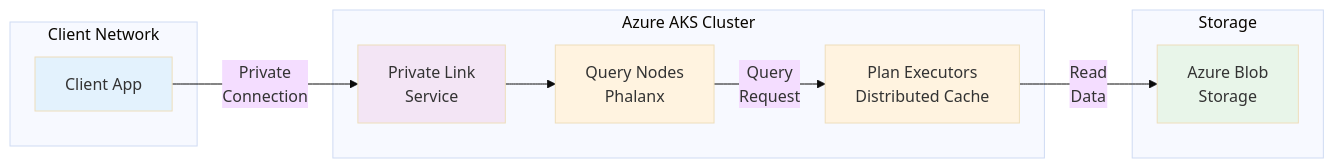
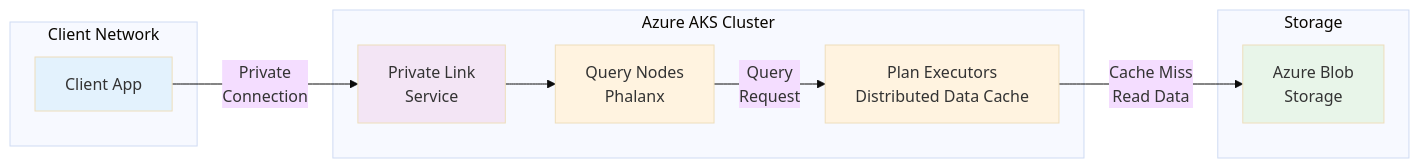
One commit to lancedb/blog-lancedb changed the second of 4 diagrams in content/docs/enterprise/deployment/azure.md. Above: the diagram before and after it, drawn with Mermaid (base theme). The commit also changed other lines of this file, not shown here.

````diff
--- a/content/docs/enterprise/deployment/azure.md
+++ b/content/docs/enterprise/deployment/azure.md
@@ -60,27 +60,27 @@
 ```mermaid
 graph LR
     subgraph "Client Network"
         C[Client App]
     end
     
     subgraph "Azure AKS Cluster"
         PL[Private Link<br/>Service]
         QN[Query Nodes<br/>Phalanx]
-        PE[Plan Executors<br/>Distributed Cache]
+        PE[Plan Executors<br/>Distributed Data Cache]
     end
     
     subgraph "Storage"
         BS[Azure Blob<br/>Storage]
     end
     
     C -->|Private<br/>Connection| PL
     PL --> QN
     QN -->|Query<br/>Request| PE
-    PE -->|Read<br/>Data| BS
+    PE -->|Cache Miss<br/>Read Data| BS
     
     style C fill:#e3f2fd
     style PL fill:#f3e5f5
     style QN fill:#fff3e0
     style PE fill:#fff3e0
     style BS fill:#e8f5e9
 ```
````
